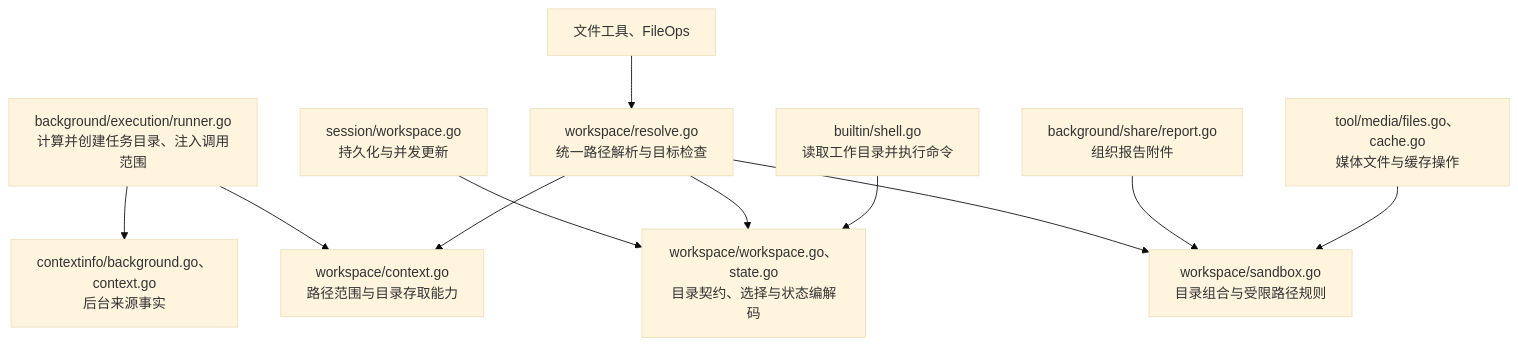
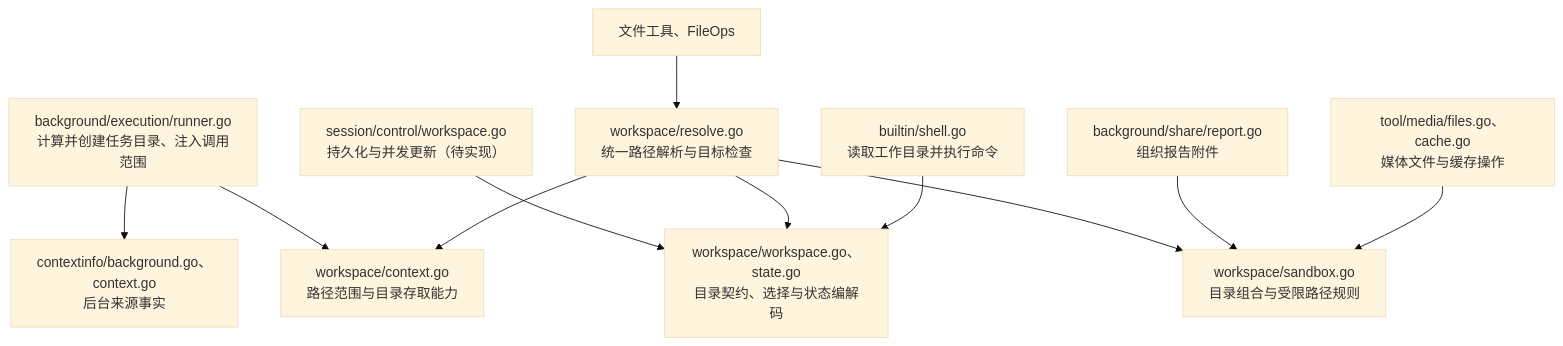
Before and after one commit to Elflare/elbot: the third of 15 diagrams in devdocs/architecture.md, drawn with Mermaid (base theme). The commit also changed other lines of this file and 120 other files, not shown here.

````diff
--- a/devdocs/architecture.md
+++ b/devdocs/architecture.md
@@ -97,13 +97,13 @@
 ```mermaid
 flowchart TD
     B["background/execution/runner.go<br/>计算并创建任务目录、注入调用范围"] --> C["workspace/context.go<br/>路径范围与目录存取能力"]
     B --> F["contextinfo/background.go、context.go<br/>后台来源事实"]
-    S["session/workspace.go<br/>持久化与并发更新"] --> W["workspace/workspace.go、state.go<br/>目录契约、选择与状态编解码"]
+    S["session/control/workspace.go<br/>持久化与并发更新（待实现）"] --> W["workspace/workspace.go、state.go<br/>目录契约、选择与状态编解码"]
     R["workspace/resolve.go<br/>统一路径解析与目标检查"] --> C
     R --> W
     R --> P["workspace/sandbox.go<br/>目录组合与受限路径规则"]
     T["文件工具、FileOps"] --> R
     SH["builtin/shell.go<br/>读取工作目录并执行命令"] --> W
     O["background/share/report.go<br/>组织报告附件"] --> P
     M["tool/media/files.go、cache.go<br/>媒体文件与缓存操作"] --> P
 ```
````
